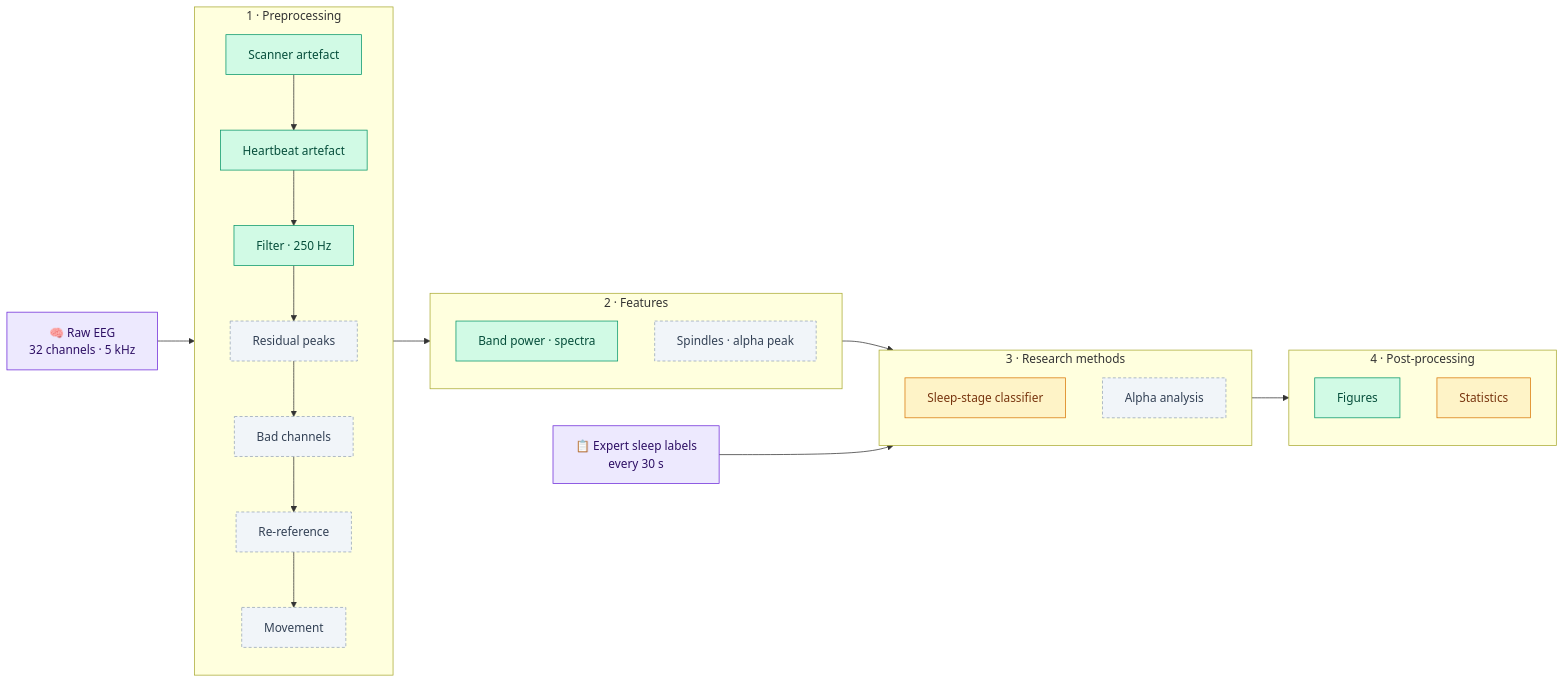
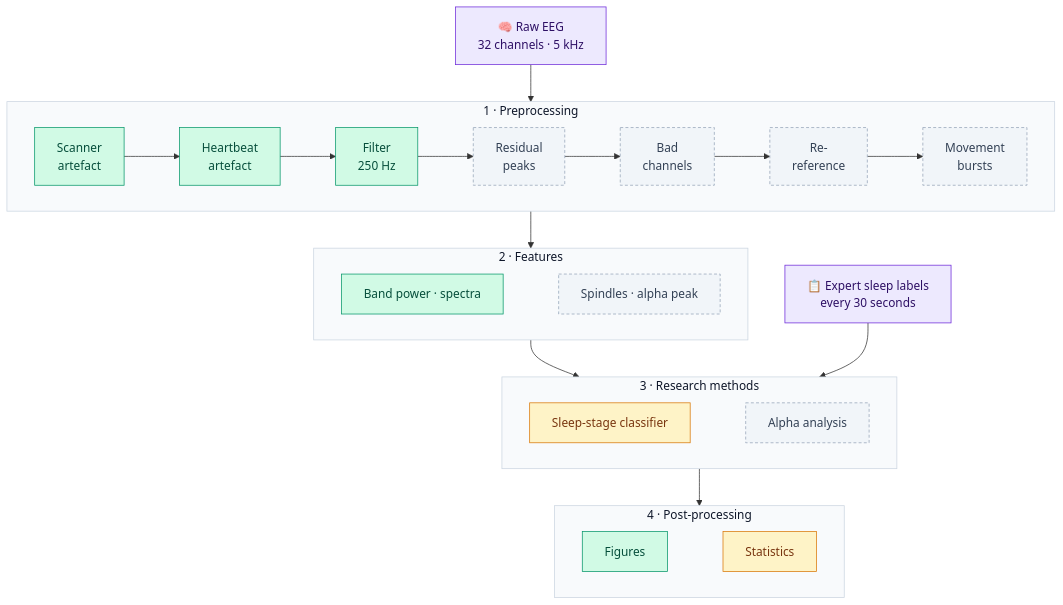
One commit to besrabhagyashree/sleep-eeg-fmri changed the diagram in README.md. Above: the diagram before and after it, drawn with Mermaid.

Commit message:
README: restack pipeline diagram into one row per stage

````diff
--- a/README.md
+++ b/README.md
@@ -31,34 +31,34 @@
 ```mermaid
-flowchart LR
+flowchart TB
     RAW["🧠 Raw EEG<br/>32 channels · 5 kHz"]:::data
-    LAB["📋 Expert sleep labels<br/>every 30 s"]:::data
 
     subgraph S1 ["1 · Preprocessing"]
-        direction TB
-        P1["Scanner artefact"]:::done --> P2["Heartbeat artefact"]:::done --> P3["Filter · 250 Hz"]:::done
-        P3 --> P4["Residual peaks"]:::todo --> P5["Bad channels"]:::todo --> P6["Re-reference"]:::todo --> P7["Movement"]:::todo
+        direction LR
+        P1["Scanner<br/>artefact"]:::done --> P2["Heartbeat<br/>artefact"]:::done --> P3["Filter<br/>250 Hz"]:::done --> P4["Residual<br/>peaks"]:::todo --> P5["Bad<br/>channels"]:::todo --> P6["Re-<br/>reference"]:::todo --> P7["Movement<br/>bursts"]:::todo
     end
     subgraph S2 ["2 · Features"]
-        direction TB
-        F1["Band power · spectra"]:::done
-        F2["Spindles · alpha peak"]:::todo
+        direction LR
+        F1["Band power · spectra"]:::done ~~~ F2["Spindles · alpha peak"]:::todo
     end
     subgraph S3 ["3 · Research methods"]
-        direction TB
-        M1["Sleep-stage classifier"]:::wip
-        M2["Alpha analysis"]:::todo
+        direction LR
+        M1["Sleep-stage classifier"]:::wip ~~~ M2["Alpha analysis"]:::todo
     end
+    LAB["📋 Expert sleep labels<br/>every 30 seconds"]:::data
     subgraph S4 ["4 · Post-processing"]
-        direction TB
-        Q1["Figures"]:::done
-        Q2["Statistics"]:::wip
+        direction LR
+        Q1["Figures"]:::done ~~~ Q2["Statistics"]:::wip
     end
 
     RAW --> S1 --> S2 --> S3 --> S4
     LAB --> S3
 
     classDef done fill:#d1fae5,stroke:#059669,color:#064e3b
     classDef wip fill:#fef3c7,stroke:#d97706,color:#78350f
     classDef todo fill:#f1f5f9,stroke:#94a3b8,color:#334155,stroke-dasharray: 4 3
     classDef data fill:#ede9fe,stroke:#6d28d9,color:#2e1065
+    style S1 fill:#f8fafc,stroke:#cbd5e1,color:#0f172a
+    style S2 fill:#f8fafc,stroke:#cbd5e1,color:#0f172a
+    style S3 fill:#f8fafc,stroke:#cbd5e1,color:#0f172a
+    style S4 fill:#f8fafc,stroke:#cbd5e1,color:#0f172a
 ```
````
